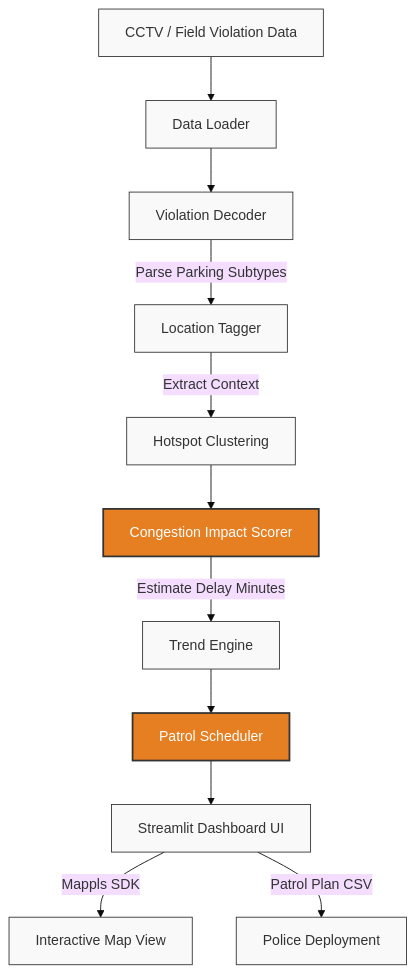
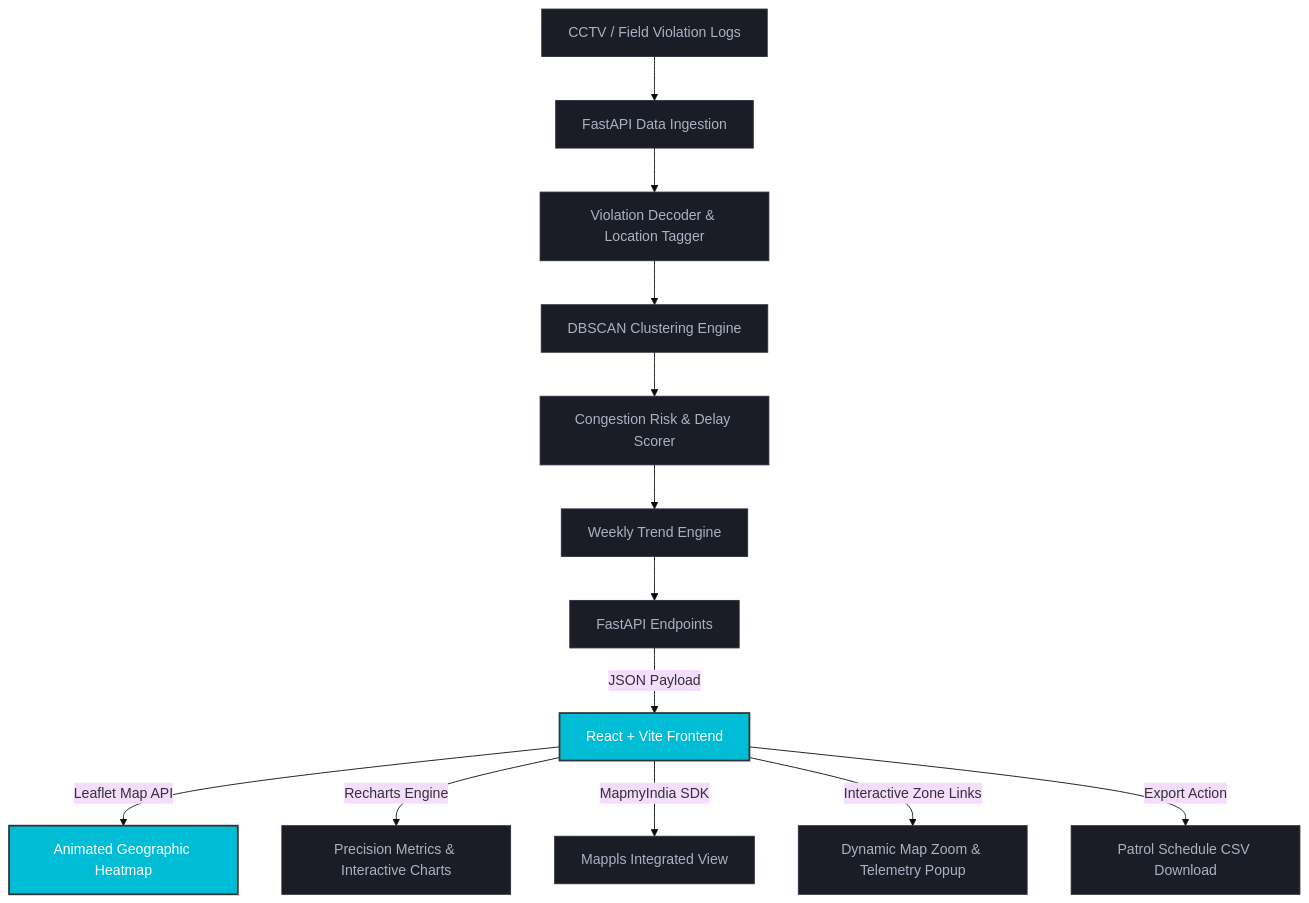
Before and after one commit to UNKNOWNAR/gridlock-track1: the diagram in README.md, drawn with Mermaid (base theme). The commit also changed other lines of this file, not shown here.

Commit message:
Update README.md with comprehensive FastAPI + React architecture docs

````diff
--- a/README.md
+++ b/README.md
@@ -25,22 +43,23 @@
 ```mermaid
 graph TD;
-    A[CCTV / Field Violation Data] --> B[Data Loader]
-    B --> C[Violation Decoder]
+    A[CCTV / Field Violation Logs] --> B[FastAPI Data Ingestion]
+    B --> C[Violation Decoder & Location Tagger]
+    C --> D[DBSCAN Clustering Engine]
+    D --> E[Congestion Risk & Delay Scorer]
+    E --> F[Weekly Trend Engine]
     
-    C -->|Parse Parking Subtypes| D[Location Tagger]
-    D -->|Extract Context| E[Hotspot Clustering]
+    F --> G[FastAPI Endpoints]
     
-    E --> F[Congestion Impact Scorer]
-    F -->|Estimate Delay Minutes| G[Trend Engine]
+    G -->|JSON Payload| H[React + Vite Frontend]
+    H -->|Leaflet Map API| I[Animated Geographic Heatmap]
+    H -->|Recharts Engine| J[Precision Metrics & Interactive Charts]
+    H -->|MapmyIndia SDK| K[Mappls Integrated View]
     
-    G --> H[Patrol Scheduler]
-    H --> I[Streamlit Dashboard UI]
-    
-    I -->|Mappls SDK| J[Interactive Map View]
-    I -->|Patrol Plan CSV| K[Police Deployment]
-    
-    classDef core fill:#e67e22,stroke:#333,stroke-width:2px,color:#fff;
-    classDef default fill:#f9f9f9,stroke:#333,stroke-width:1px;
-    class F core;
+    H -->|Interactive Zone Links| L[Dynamic Map Zoom & Telemetry Popup]
+    H -->|Export Action| M[Patrol Schedule CSV Download]
+
+    classDef core fill:#00bcd4,stroke:#333,stroke-width:2px,color:#fff;
+    classDef default fill:#1a1d26,stroke:#2a2e3d,stroke-width:1px,color:#a9b2c3;
     class H core;
+    class I core;
 ```
````
